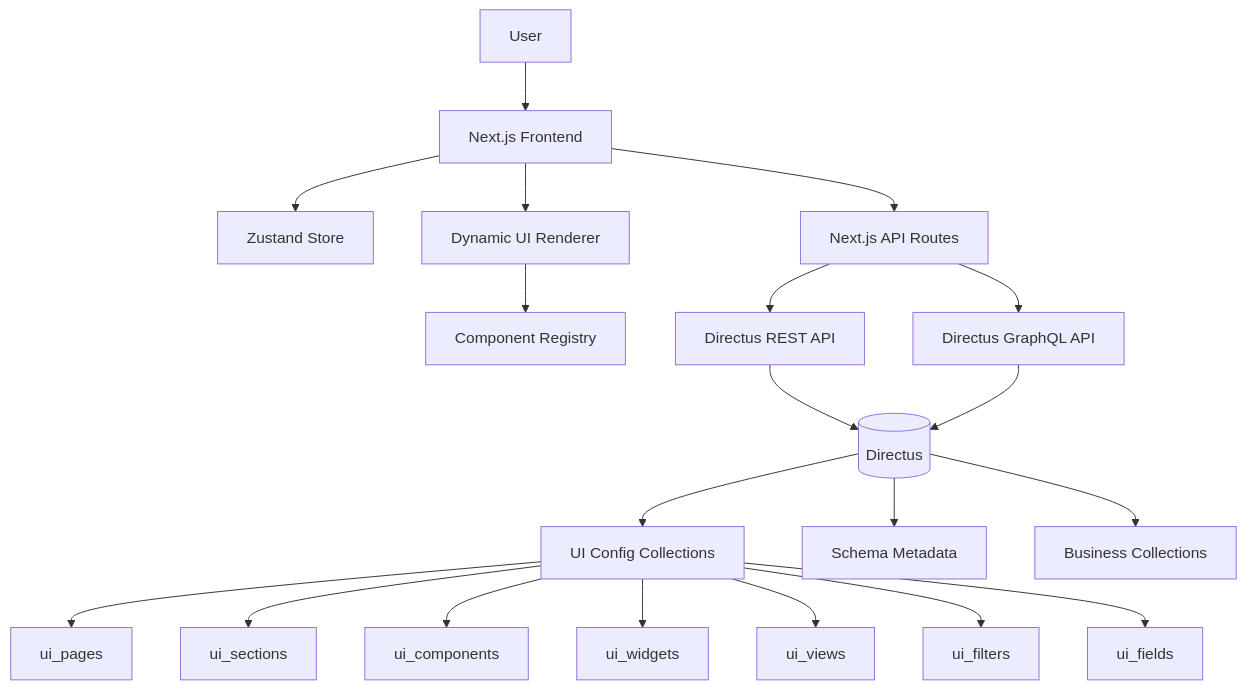
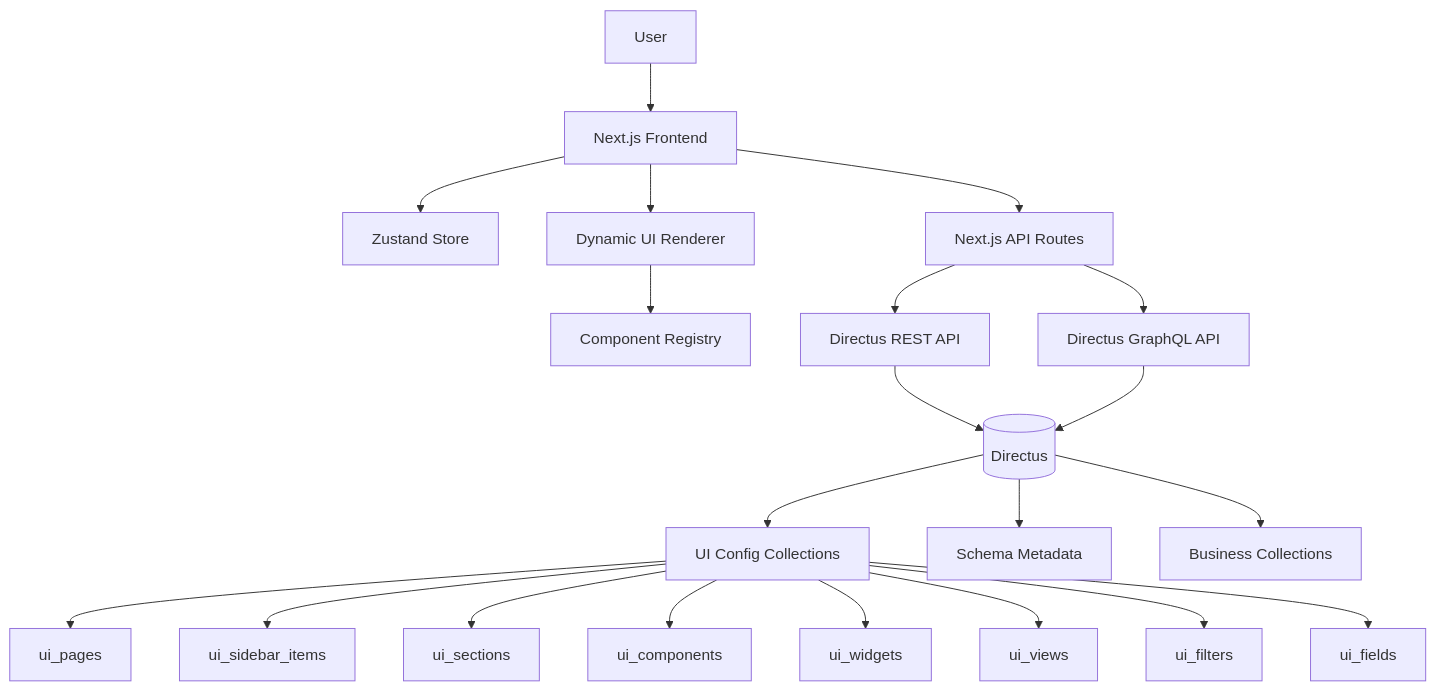
One commit to tmt203/cx2.0 changed the first of 4 diagrams in docs/architecture.md. Above: the diagram before and after it, drawn with Mermaid. The commit also changed other lines of this file and 13 other files, not shown here.

````diff
--- a/docs/architecture.md
+++ b/docs/architecture.md
@@ -20,27 +20,28 @@
 ```mermaid
 flowchart TD
     User[User] --> NextUI[Next.js Frontend]
 
     NextUI --> Store[Zustand Store]
     NextUI --> Renderer[Dynamic UI Renderer]
     Renderer --> Registry[Component Registry]
 
     NextUI --> ApiRoutes[Next.js API Routes]
     ApiRoutes --> Rest[Directus REST API]
     ApiRoutes --> GraphQL[Directus GraphQL API]
 
     Rest --> Directus[(Directus)]
     GraphQL --> Directus
 
     Directus --> UiConfig[UI Config Collections]
     Directus --> Schema[Schema Metadata]
     Directus --> BusinessData[Business Collections]
 
     UiConfig --> Pages[ui_pages]
+    UiConfig --> SidebarItems[ui_sidebar_items]
     UiConfig --> Sections[ui_sections]
     UiConfig --> Components[ui_components]
     UiConfig --> Widgets[ui_widgets]
     UiConfig --> Views[ui_views]
     UiConfig --> Filters[ui_filters]
     UiConfig --> Fields[ui_fields]
 ```
````
